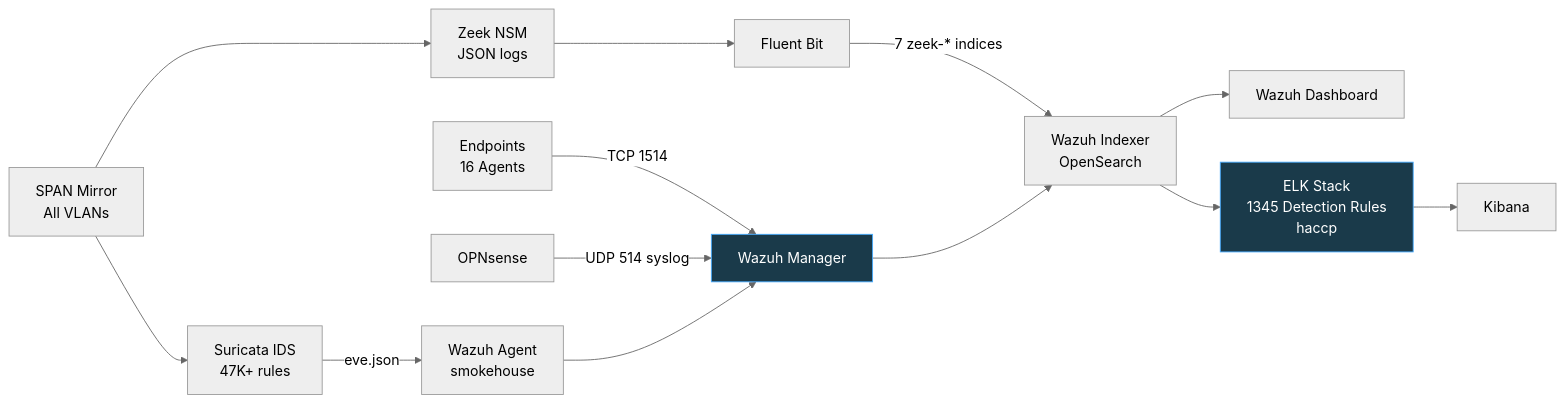
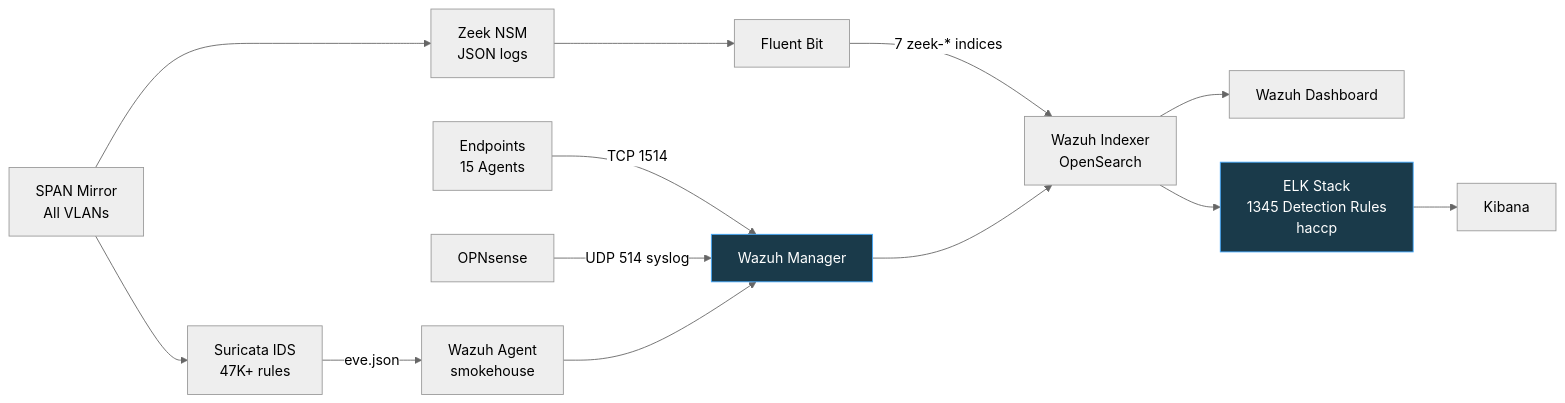
Before and after one commit to brianchaplow/HomeLab-SOC-v3: the first of 5 diagrams in docs/architecture.md, drawn with Mermaid (neutral theme). The commit also changed other lines of this file and 4 other files, not shown here.

````diff
--- a/docs/architecture.md
+++ b/docs/architecture.md
@@ -433,20 +433,20 @@
 ```mermaid
 flowchart LR
     SPAN[SPAN Mirror<br/>All VLANs] --> SUR[Suricata IDS<br/>47K+ rules]
     SPAN --> ZK[Zeek NSM<br/>JSON logs]
 
     SUR -->|eve.json| WA1[Wazuh Agent<br/>smokehouse]
     ZK --> FB[Fluent Bit] -->|7 zeek-* indices| WI[Wazuh Indexer<br/>OpenSearch]
 
-    EP[Endpoints<br/>16 Agents] -->|TCP 1514| WM[Wazuh Manager]
+    EP[Endpoints<br/>15 Agents] -->|TCP 1514| WM[Wazuh Manager]
     OPN[OPNsense] -->|UDP 514 syslog| WM
     WA1 --> WM
 
     WM --> WI --> WD[Wazuh Dashboard]
 
     WI --> ELK[ELK Stack<br/>1345 Detection Rules<br/>haccp]
     ELK --> KIB[Kibana]
 
     style WM fill:#1a3a4a,stroke:#44aaff,color:#ffffff
     style ELK fill:#1a3a4a,stroke:#44aaff,color:#ffffff
 ```
````
